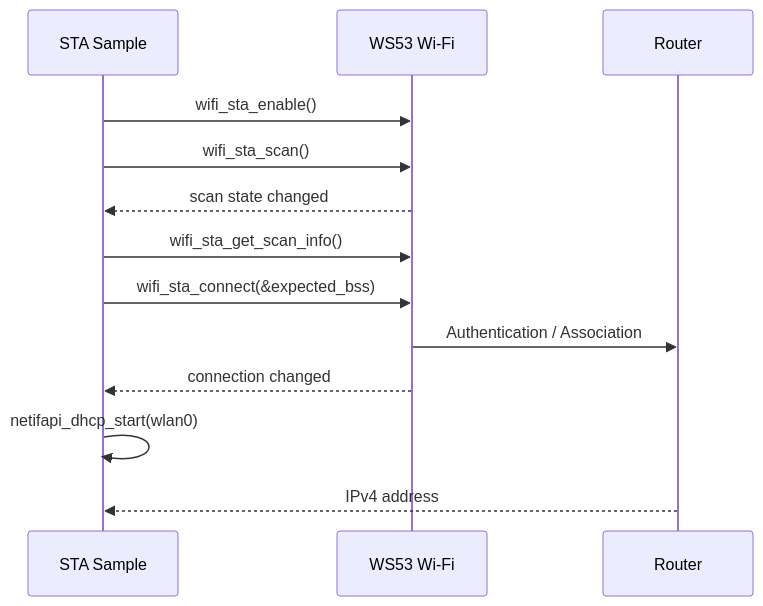
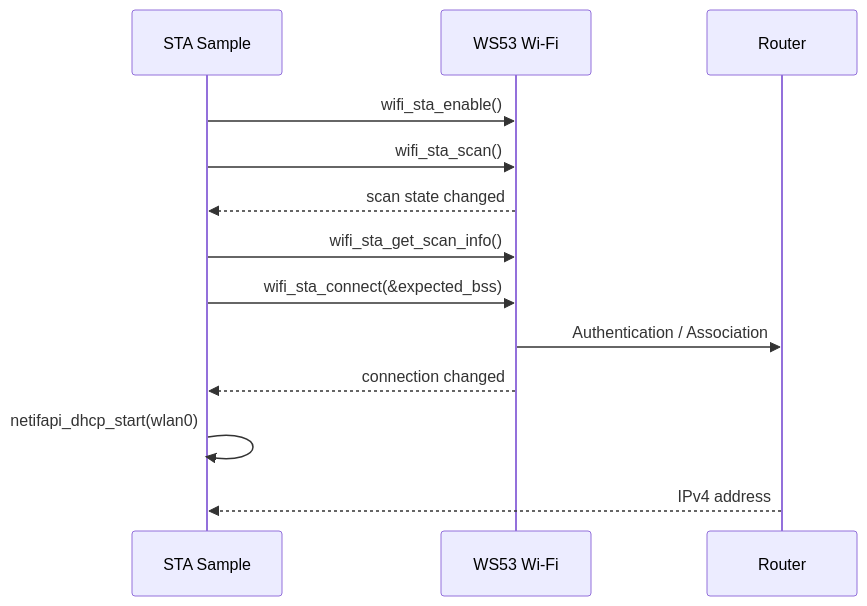
One commit to sanchuanhehe/fbb_ws53 changed the diagram in docs/zh-CN/samples/connectivity/wifi/sta/sta-connect.md. Above: the diagram before and after it, drawn with Mermaid. The commit also changed other lines of this file and 16 other files, not shown here.

````diff
--- a/docs/zh-CN/samples/connectivity/wifi/sta/sta-connect.md
+++ b/docs/zh-CN/samples/connectivity/wifi/sta/sta-connect.md
@@ -14,15 +14,16 @@
 ```mermaid
+%%{init: {"sequence": {"messageAlign": "right"}}}%%
 sequenceDiagram
     participant A as STA Sample
     participant W as WS53 Wi-Fi
     participant R as Router
     A->>W: wifi_sta_enable()
     A->>W: wifi_sta_scan()
     W-->>A: scan state changed
     A->>W: wifi_sta_get_scan_info()
     A->>W: wifi_sta_connect(&expected_bss)
     W->>R: Authentication / Association
     W-->>A: connection changed
     A->>A: netifapi_dhcp_start(wlan0)
     R-->>A: IPv4 address
 ```
````
